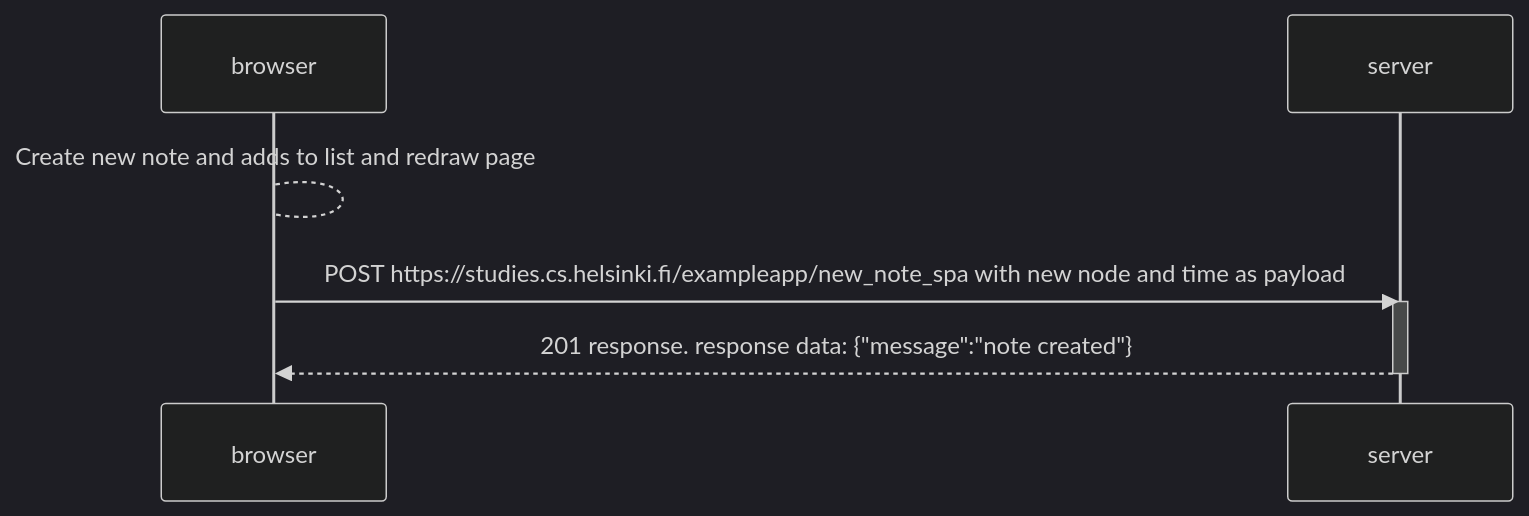
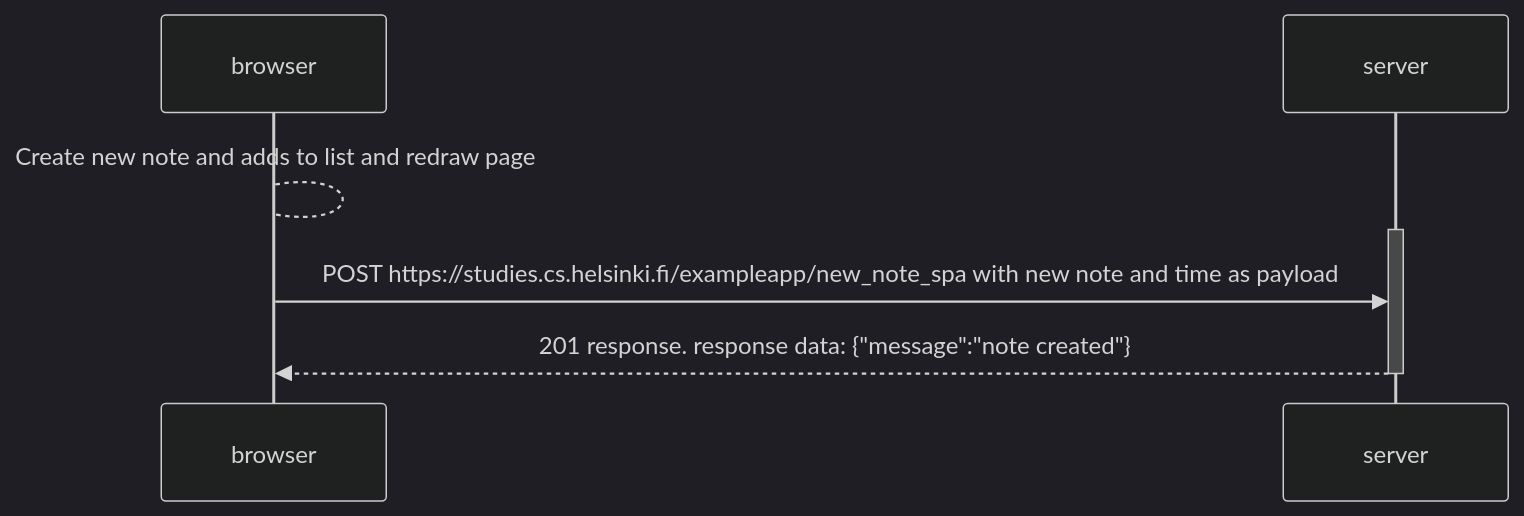
One commit to abhishek2175/fullstackopen changed the diagram in part0/0_6_exercise.md. Above: the diagram before and after it, drawn with Mermaid (dark theme).

Commit message:
added new note

````diff
--- a/part0/0_6_exercise.md
+++ b/part0/0_6_exercise.md
@@ -1,11 +1,11 @@
 ```mermaid
 sequenceDiagram
     participant browser
     participant server
 
     browser-->browser: Create new note and adds to list and redraw page
-    browser->>server: POST https://studies.cs.helsinki.fi/exampleapp/new_note_spa with new node and time as payload
     activate server
+    browser->>server: POST https://studies.cs.helsinki.fi/exampleapp/new_note_spa with new note and time as payload
     server-->>browser: 201 response. response data: {"message":"note created"}
     deactivate server
 ```
````
